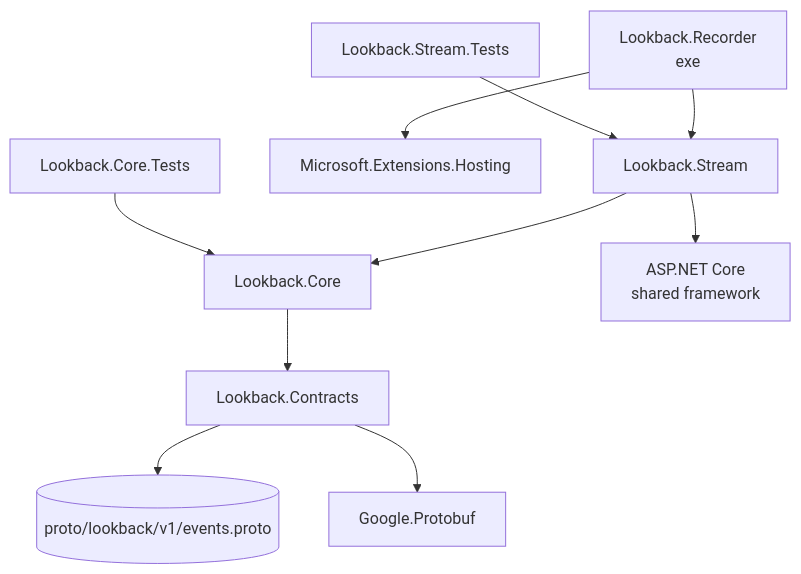
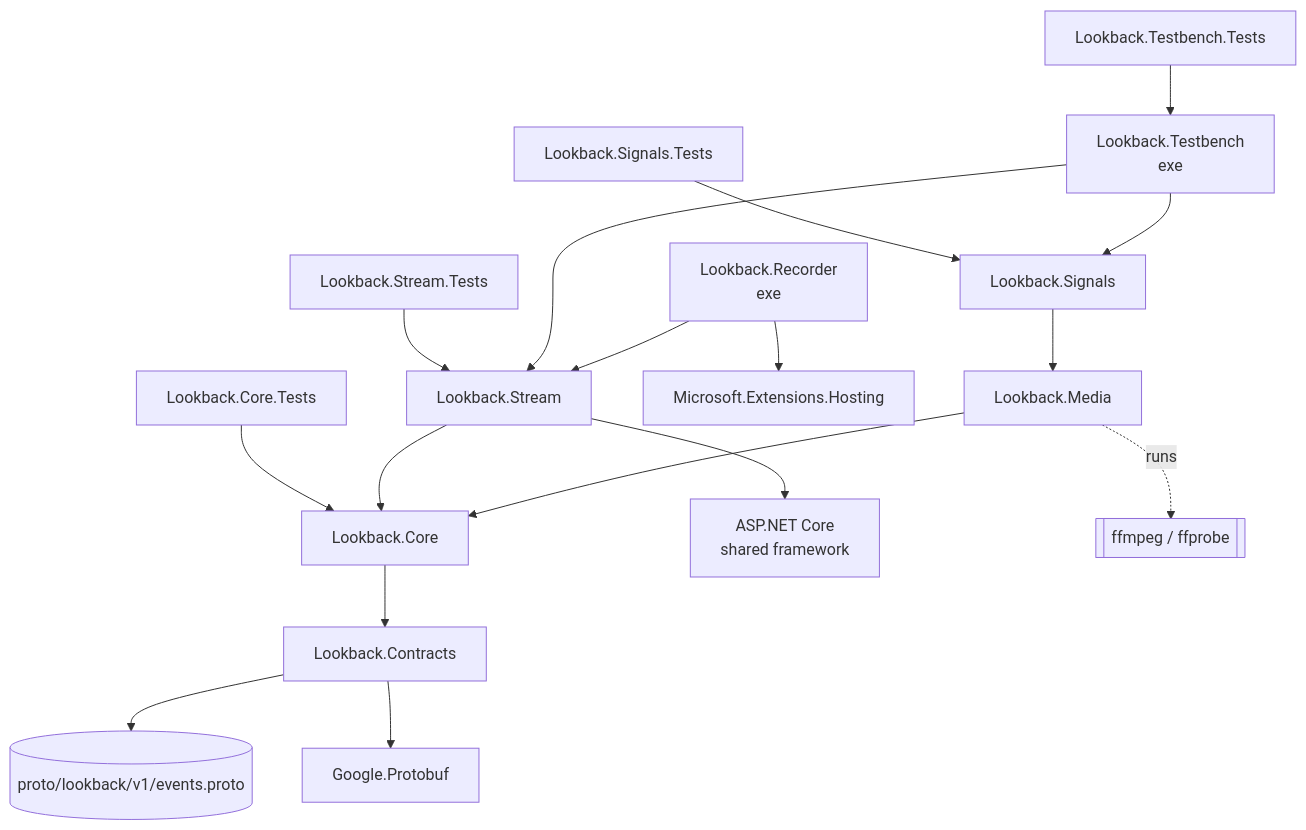
One commit to Joshmh7128/Lookback changed the first of 2 diagrams in docs/wiki/Project-Structure.md. Above: the diagram before and after it, drawn with Mermaid. The commit also changed other lines of this file and 59 other files, not shown here.

````diff
--- a/docs/wiki/Project-Structure.md
+++ b/docs/wiki/Project-Structure.md
@@ -35,13 +40,18 @@
 ```mermaid
 flowchart TB
     R[Lookback.Recorder<br/>exe] --> S[Lookback.Stream]
+    TB[Lookback.Testbench<br/>exe] --> S & SG[Lookback.Signals]
+    SG --> MD[Lookback.Media] --> C
     S --> C[Lookback.Core]
     C --> K[Lookback.Contracts]
     K --> P[(proto/lookback/v1/events.proto)]
     K --> GP[Google.Protobuf]
     S --> ASP[ASP.NET Core<br/>shared framework]
     R --> HOST[Microsoft.Extensions.Hosting]
 
     TC[Lookback.Core.Tests] --> C
     TS[Lookback.Stream.Tests] --> S
+    TSG[Lookback.Signals.Tests] --> SG
+    TTB[Lookback.Testbench.Tests] --> TB
+    MD -. runs .-> FF[[ffmpeg / ffprobe]]
 ```
````
